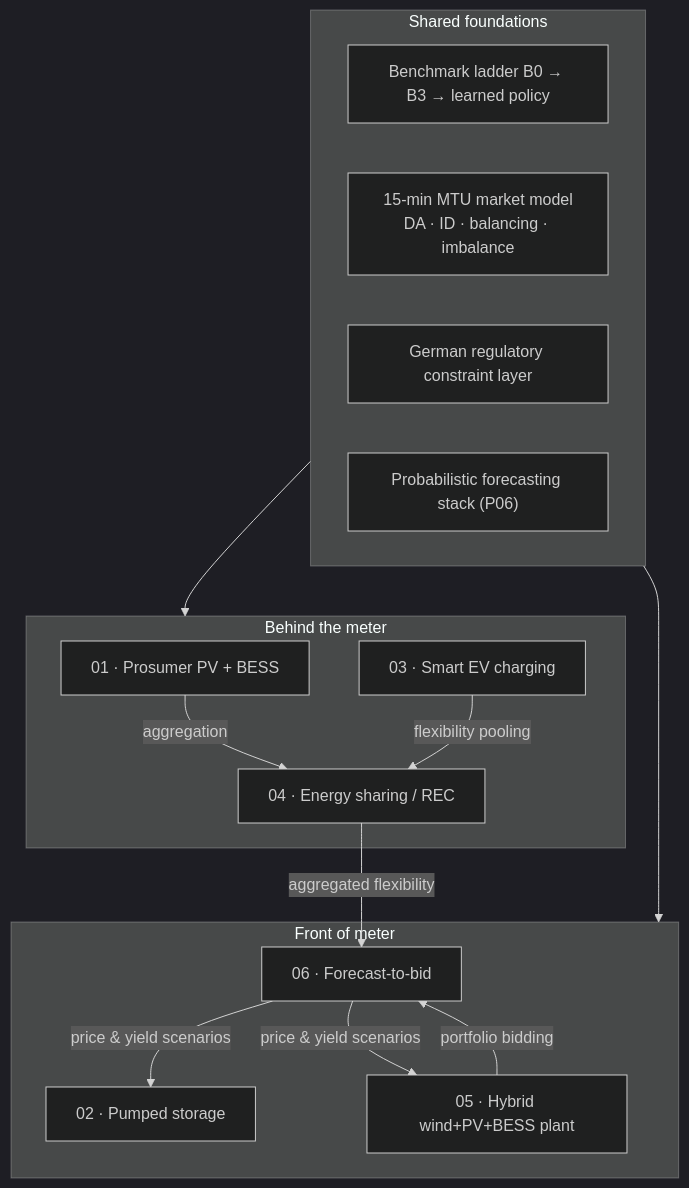
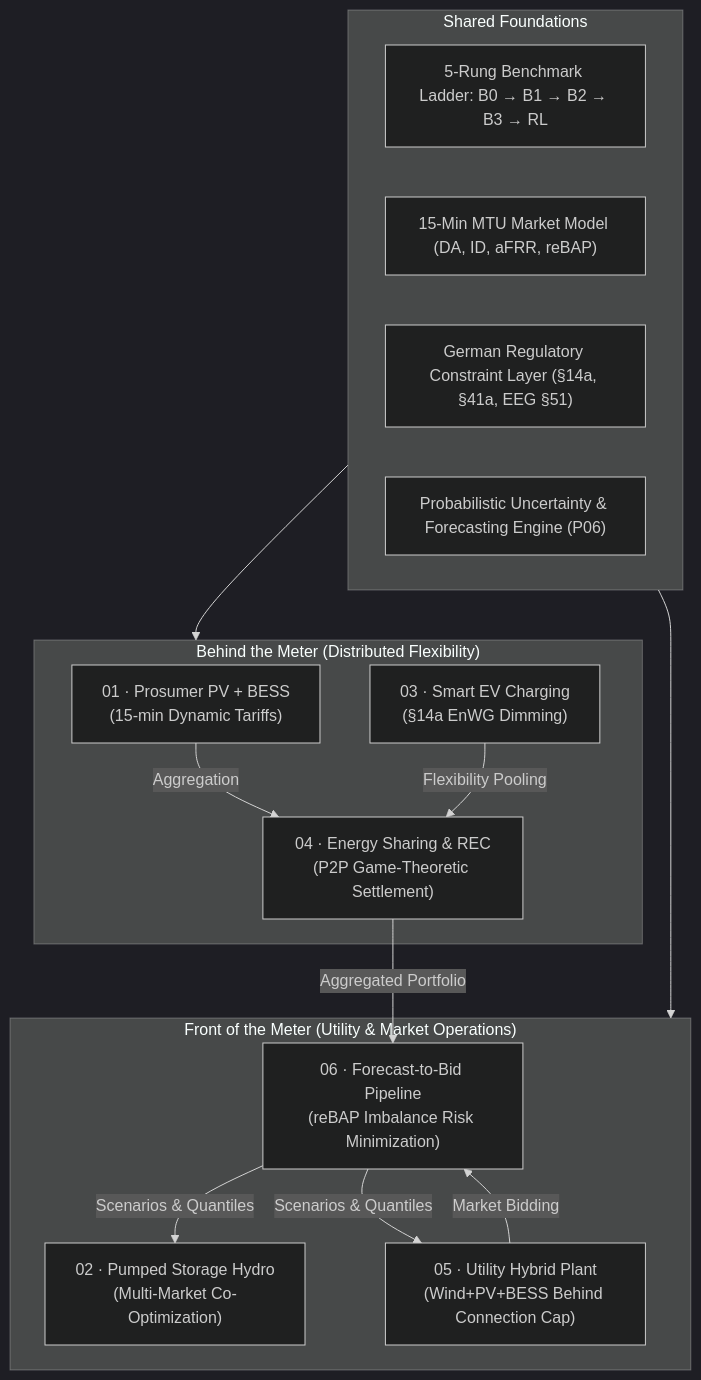
One commit to muratkus01/Portfolio changed the diagram in README.md. Above: the diagram before and after it, drawn with Mermaid (dark theme). The commit also changed other lines of this file and 1 other file, not shown here.

Commit message:
docs: modernize portfolio README with executive quickstart and update handoff

````diff
--- a/README.md
+++ b/README.md
@@ -58,30 +39,30 @@
 ```mermaid
 flowchart TB
-    subgraph FOUND["Shared foundations"]
-        F1["Benchmark ladder B0 → B3 → learned policy"]
-        F2["15-min MTU market model<br/>DA · ID · balancing · imbalance"]
-        F3["German regulatory constraint layer"]
-        F4["Probabilistic forecasting stack (P06)"]
+    subgraph FOUND["Shared Foundations"]
+        F1["5-Rung Benchmark Ladder: B0 → B1 → B2 → B3 → RL"]
+        F2["15-Min MTU Market Model (DA, ID, aFRR, reBAP)"]
+        F3["German Regulatory Constraint Layer (§14a, §41a, EEG §51)"]
+        F4["Probabilistic Uncertainty & Forecasting Engine (P06)"]
     end
 
-    subgraph BTM["Behind the meter"]
-        P1["01 · Prosumer PV + BESS"]
-        P3["03 · Smart EV charging"]
-        P4["04 · Energy sharing / REC"]
+    subgraph BTM["Behind the Meter (Distributed Flexibility)"]
+        P1["01 · Prosumer PV + BESS<br/>(15-min Dynamic Tariffs)"]
+        P3["03 · Smart EV Charging<br/>(§14a EnWG Dimming)"]
+        P4["04 · Energy Sharing & REC<br/>(P2P Game-Theoretic Settlement)"]
     end
 
-    subgraph FTM["Front of meter"]
-        P5["05 · Hybrid wind+PV+BESS plant"]
-        P2["02 · Pumped storage"]
-        P6["06 · Forecast-to-bid"]
+    subgraph FTM["Front of the Meter (Utility & Market Operations)"]
+        P5["05 · Utility Hybrid Plant<br/>(Wind+PV+BESS Behind Connection Cap)"]
+        P2["02 · Pumped Storage Hydro<br/>(Multi-Market Co-Optimization)"]
+        P6["06 · Forecast-to-Bid Pipeline<br/>(reBAP Imbalance Risk Minimization)"]
     end
 
     FOUND --> BTM
     FOUND --> FTM
-    P1 -->|aggregation| P4
-    P3 -->|flexibility pooling| P4
-    P4 -->|aggregated flexibility| P6
-    P5 -->|portfolio bidding| P6
-    P6 -->|price & yield scenarios| P2
-    P6 -->|price & yield scenarios| P5
+    P1 -->|Aggregation| P4
+    P3 -->|Flexibility Pooling| P4
+    P4 -->|Aggregated Portfolio| P6
+    P5 -->|Market Bidding| P6
+    P6 -->|Scenarios & Quantiles| P2
+    P6 -->|Scenarios & Quantiles| P5
 ```
````
